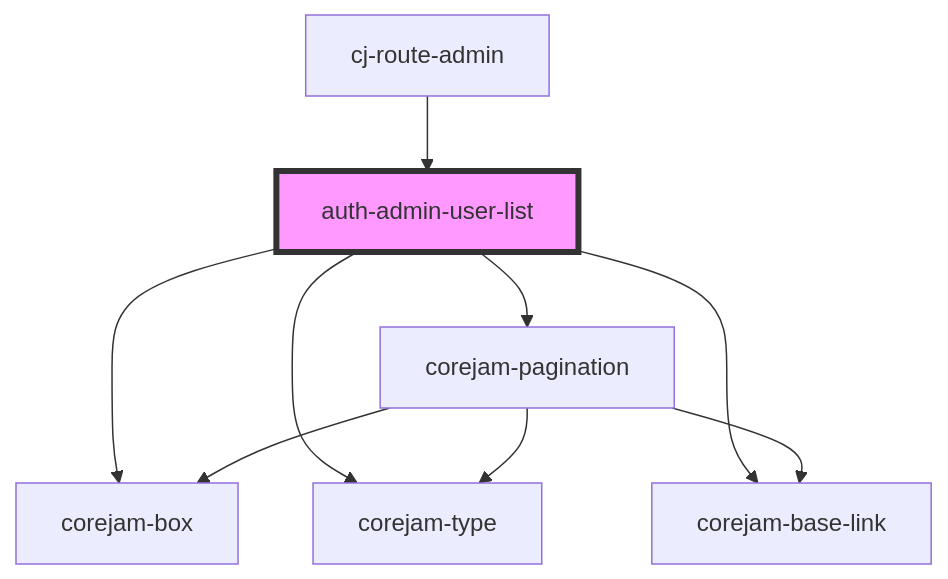
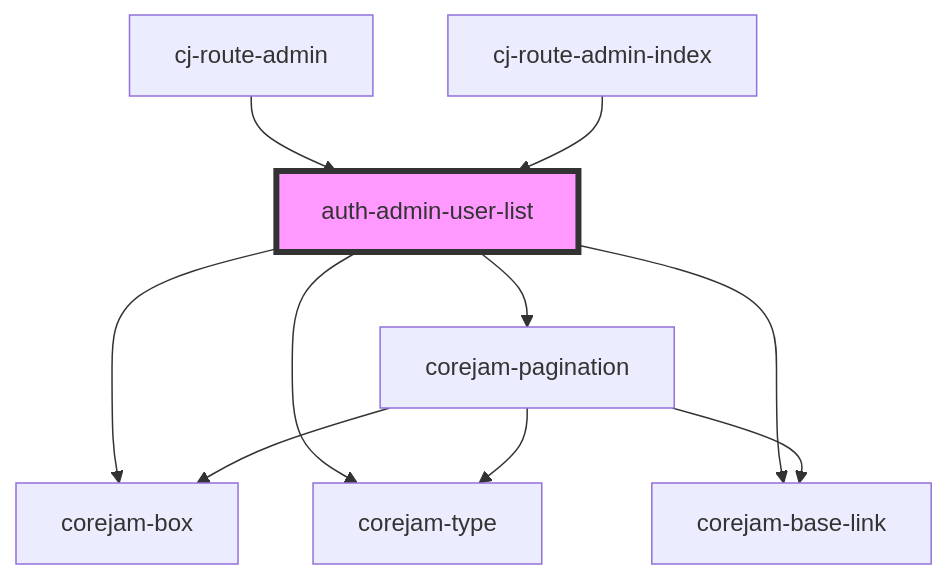
Before and after one commit to corejam/corejam: the diagram in packages/plugins/auth/app/components/auth-admin-user-list/readme.md, drawn with Mermaid. The commit also changed other lines of this file and 31 other files, not shown here.

````diff
--- a/packages/plugins/auth/app/components/auth-admin-user-list/readme.md
+++ b/packages/plugins/auth/app/components/auth-admin-user-list/readme.md
@@ -30,12 +31,13 @@
 ```mermaid
 graph TD;
   auth-admin-user-list --> corejam-box
   auth-admin-user-list --> corejam-type
   auth-admin-user-list --> corejam-base-link
   auth-admin-user-list --> corejam-pagination
   corejam-pagination --> corejam-box
   corejam-pagination --> corejam-base-link
   corejam-pagination --> corejam-type
   cj-route-admin --> auth-admin-user-list
+  cj-route-admin-index --> auth-admin-user-list
   style auth-admin-user-list fill:#f9f,stroke:#333,stroke-width:4px
 ```
````
